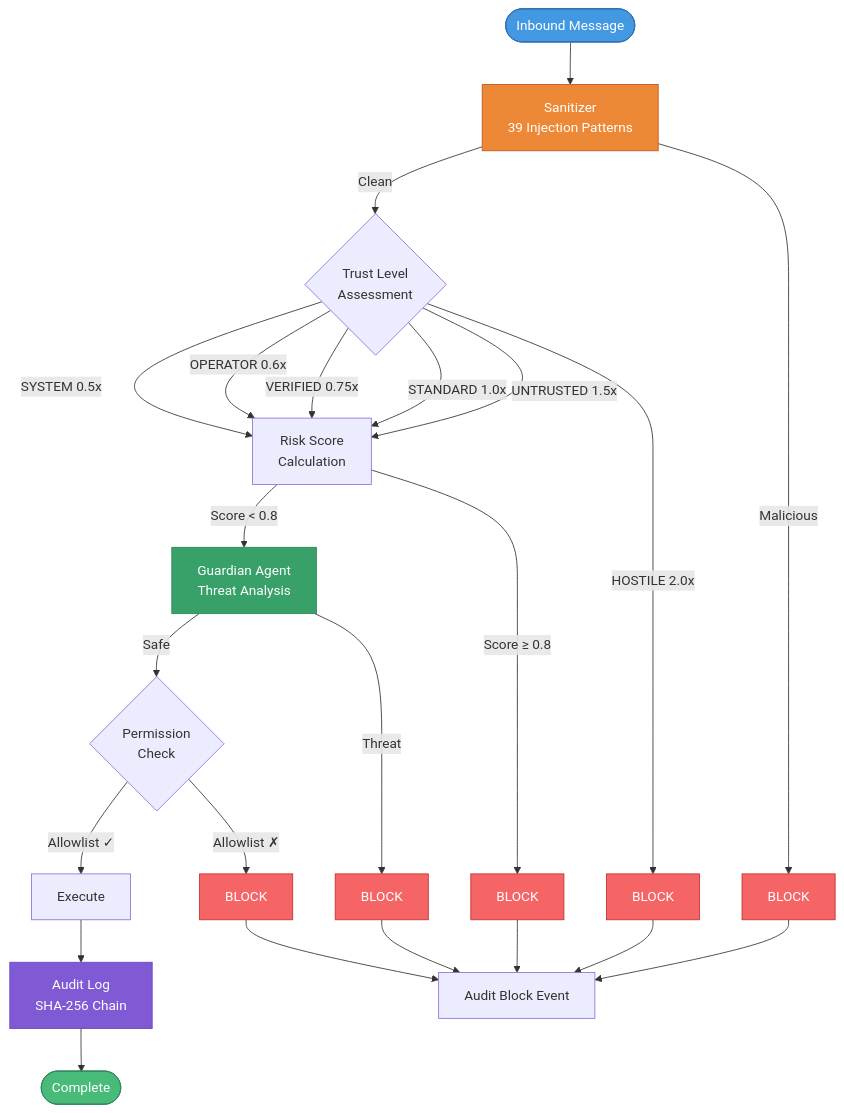
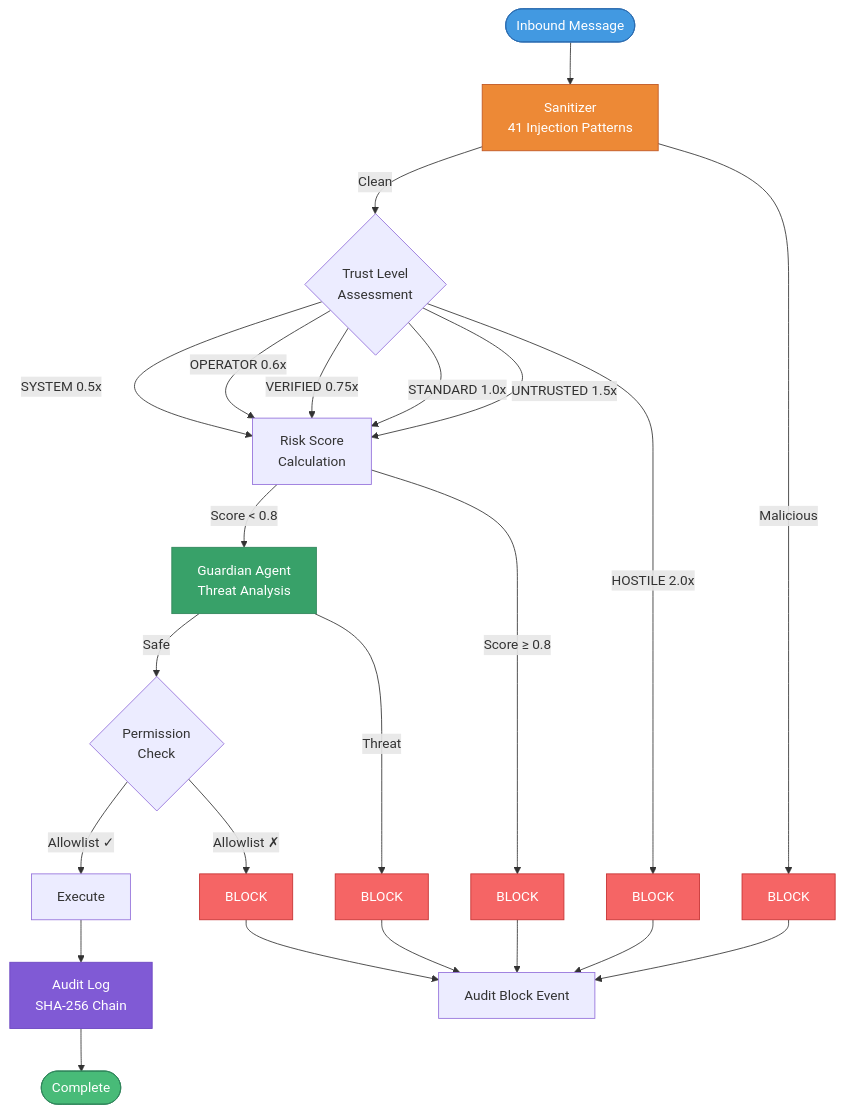
Before and after one commit to Ari-OS/ARI: the second of 3 diagrams in README.md, drawn with Mermaid. The commit also changed other lines of this file and 13 other files, not shown here.

````diff
--- a/README.md
+++ b/README.md
@@ -175,42 +175,42 @@
 ```mermaid
 flowchart TD
-    Start([Inbound Message]) --> Sanitize[Sanitizer<br/>39 Injection Patterns]
+    Start([Inbound Message]) --> Sanitize[Sanitizer<br/>41 Injection Patterns]
     Sanitize -->|Clean| TrustCheck{Trust Level<br/>Assessment}
     Sanitize -->|Malicious| Block1[BLOCK]
 
     TrustCheck -->|SYSTEM 0.5x| Risk[Risk Score<br/>Calculation]
     TrustCheck -->|OPERATOR 0.6x| Risk
     TrustCheck -->|VERIFIED 0.75x| Risk
     TrustCheck -->|STANDARD 1.0x| Risk
     TrustCheck -->|UNTRUSTED 1.5x| Risk
     TrustCheck -->|HOSTILE 2.0x| Block2[BLOCK]
 
     Risk -->|Score < 0.8| Guardian[Guardian Agent<br/>Threat Analysis]
     Risk -->|Score ≥ 0.8| Block3[BLOCK]
 
     Guardian -->|Safe| PermCheck{Permission<br/>Check}
     Guardian -->|Threat| Block4[BLOCK]
 
     PermCheck -->|Allowlist ✓| Execute[Execute]
     PermCheck -->|Allowlist ✗| Block5[BLOCK]
 
     Execute --> Audit[Audit Log<br/>SHA-256 Chain]
     Audit --> Done([Complete])
 
     Block1 --> AuditBlock[Audit Block Event]
     Block2 --> AuditBlock
     Block3 --> AuditBlock
     Block4 --> AuditBlock
     Block5 --> AuditBlock
 
     style Start fill:#4299e1,stroke:#2b6cb0,color:#fff
     style Done fill:#48bb78,stroke:#2f855a,color:#fff
     style Block1 fill:#f56565,stroke:#c53030,color:#fff
     style Block2 fill:#f56565,stroke:#c53030,color:#fff
     style Block3 fill:#f56565,stroke:#c53030,color:#fff
     style Block4 fill:#f56565,stroke:#c53030,color:#fff
     style Block5 fill:#f56565,stroke:#c53030,color:#fff
     style Sanitize fill:#ed8936,stroke:#c05621,color:#fff
     style Guardian fill:#38a169,stroke:#2f855a,color:#fff
     style Audit fill:#805ad5,stroke:#6b46c1,color:#fff
 ```
````
